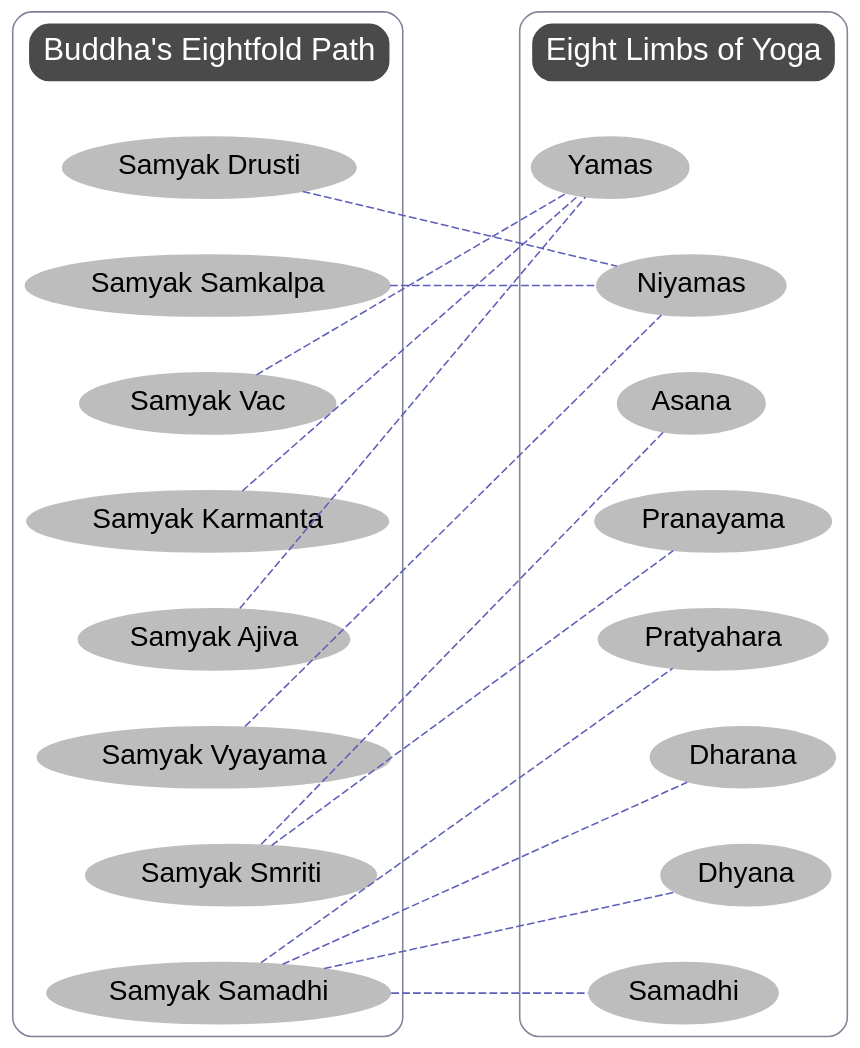
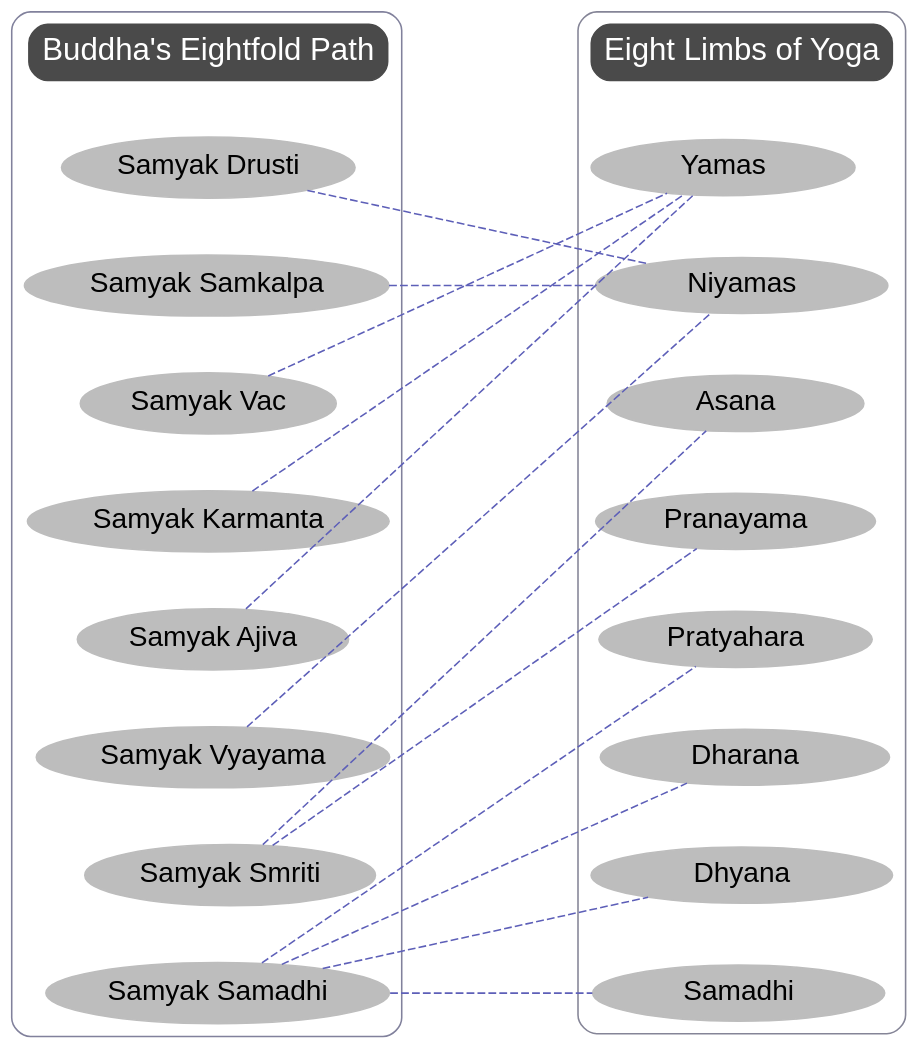
The diagram in src/lib/flowchart.dot (riziles/sveleton-test01), drawn with Graphviz before and after one commit. The commit also changed 1 other file, not shown here.

Commit message:
centered flowchart

```diff
--- a/src/lib/flowchart.dot
+++ b/src/lib/flowchart.dot
@@ -1,86 +1,86 @@
 graph G {
 
 bgcolor="transparent";
   newrank=true;
   splines = false
 
   node [style="filled,rounded",color="#bdbdbd",fontsize="18pt",fontname="Arial"];
   edge [style=dashed,color="#5d5fb8"];
  
 {
   rank = same; 
   alabel[color="#4a4a4a",fontcolor=white,shape=box,fontsize="20pt"]; 
   blabel[color="#4a4a4a",fontcolor=white,shape=box,fontsize="20pt"]; }
 {
-  rank = same; a0; b0; }
+  rank = same; a0; b0[margin="0.6,0.0"]; }
 {
-  rank = same; a1; b1; }
+  rank = same; a1; b1[margin="0.6,0.0"]; }
 {
-  rank = same; a2; b2; }
+  rank = same; a2; b2[margin="0.6,0.0"]; }
 {
-  rank = same; a3; b3; }
+  rank = same; a3; b3[margin="0.4,0.0"]; }
 {
-  rank = same; a4; b4; }
+  rank = same; a4; b4[margin="0.4,0.0"]; }
 {
-  rank = same; a5; b5; }
+  rank = same; a5; b5[margin="0.6,0.0"]; }
 {
-  rank = same; a6; b6; }
+  rank = same; a6; b6[margin="0.7,0.0"]; }
 {
-  rank = same; a7; b7; }
+  rank = same; a7; b7[margin="0.6,0.0"]; }
 
   a0 -- b1;
   a1 -- b1;
   a2 -- b0;
   a3 -- b0;
   a4 -- b0;
   a7 -- b7;
   a5 -- b1;
   a6 -- b2;
   a6 -- b3;
   a7 -- b6;
   a7 -- b4;
   a7 -- b5;
 
   subgraph cluster_0 {
     style=rounded;
     bgcolor="transparent"
     color="#81819c";
     edge [style="invis"];
     alabel -- a0;
     a0 -- a1 -- a2 -- a3 -- a4 -- a5 -- a6 -- a7;
 
   };
 
   subgraph cluster_1 {
     style=rounded;
     bgcolor="transparent"
     color="#858597";
     edge [style="invis"];
     node [style=filled,color=white];
     blabel -- b0
     b0 -- b1 -- b2 -- b3 -- b4 -- b5 -- b6 -- b7;
   }  ;
   
   alabel [label="Buddha's Eightfold Path"]
   blabel [label="Eight Limbs of Yoga"]
   a0 [label="Samyak Drusti"]
   a1 [label="Samyak Samkalpa"]
   a2 [label="Samyak Vac"]
   a3 [label="Samyak Karmanta"]
   a4 [label="Samyak Ajiva"]
   a5 [label="Samyak Vyayama"]
   a6 [label="Samyak Smriti"]
   a7 [label="Samyak Samadhi"]
 
   
   b0 [label="Yamas"]
   b1 [label="Niyamas"]
   b2 [label="Asana"]
   b3 [label="Pranayama"]
   b4 [label="Pratyahara"]
   b5 [label="Dharana"]
   b6 [label="Dhyana"]
   b7 [label="Samadhi"]
  
   
 }
```
